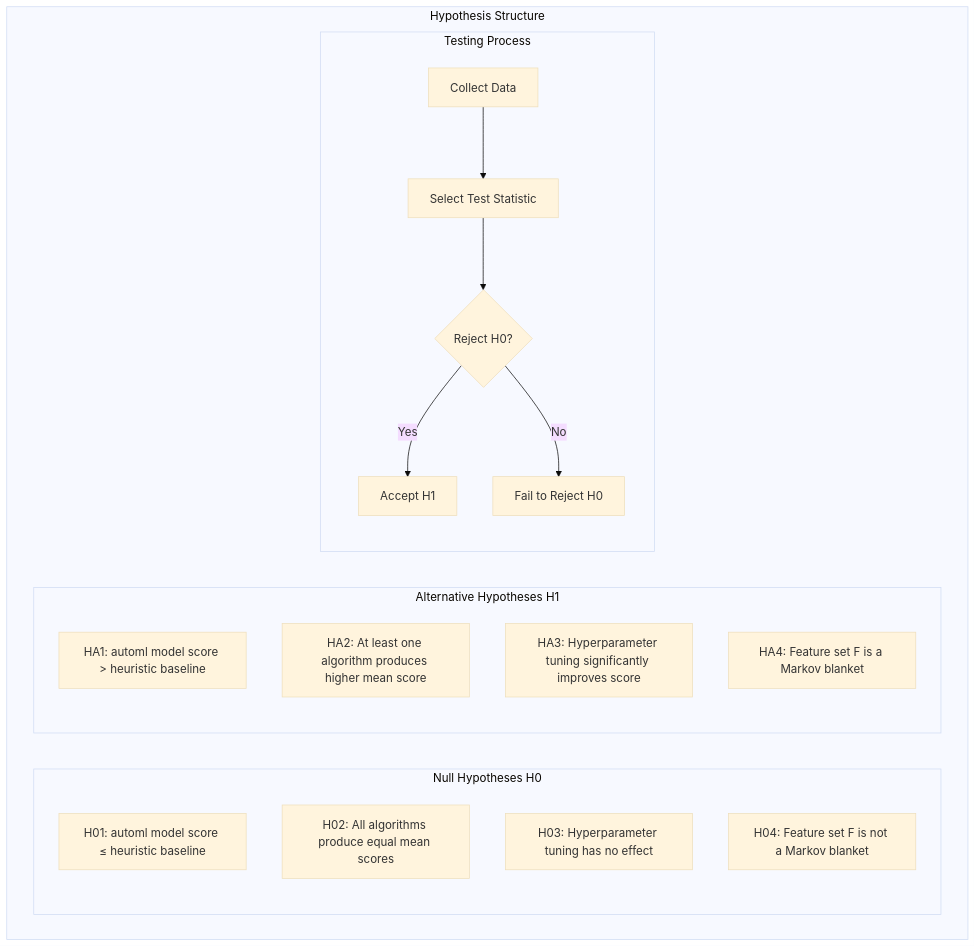
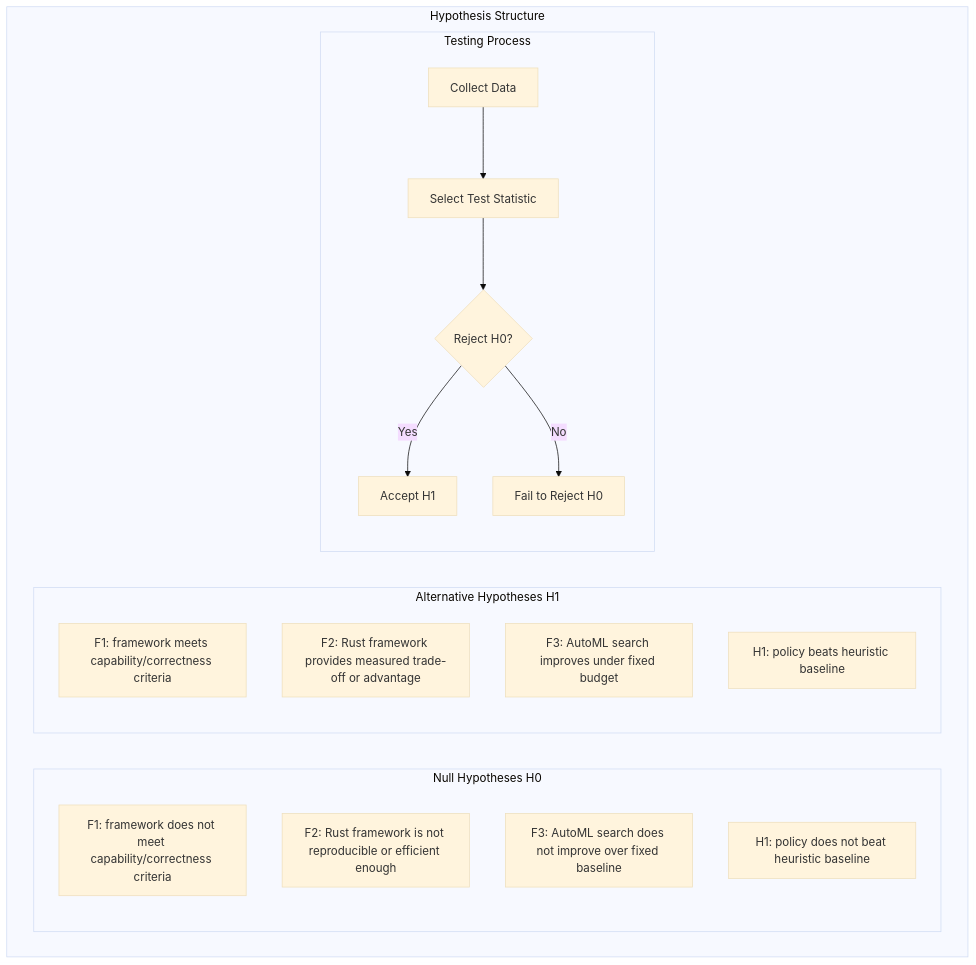
Before and after one commit to Evintkoo/2048-ml: the first of 3 diagrams in plans/08-Research-Report/02-Methodology/03-hypotheses.md, drawn with Mermaid (base theme). The commit also changed other lines of this file and 94 other files, not shown here.

````diff
--- a/plans/08-Research-Report/02-Methodology/03-hypotheses.md
+++ b/plans/08-Research-Report/02-Methodology/03-hypotheses.md
@@ -7,25 +9,25 @@
 ```mermaid
 flowchart TD
     subgraph "Hypothesis Structure"
         subgraph "Null Hypotheses H0"
-            H01[H01: automl model score ≤ heuristic baseline]
-            H02[H02: All algorithms produce equal mean scores]
-            H03[H03: Hyperparameter tuning has no effect]
-            H04[H04: Feature set F is not a Markov blanket]
+            H01[F1: framework does not meet capability/correctness criteria]
+            H02[F2: Rust framework is not reproducible or efficient enough]
+            H03[F3: AutoML search does not improve over fixed baseline]
+            H04[H1: policy does not beat heuristic baseline]
         end
         
         subgraph "Alternative Hypotheses H1"
-            HA1[HA1: automl model score > heuristic baseline]
-            HA2[HA2: At least one algorithm produces higher mean score]
-            HA3[HA3: Hyperparameter tuning significantly improves score]
-            HA4[HA4: Feature set F is a Markov blanket]
+            HA1[F1: framework meets capability/correctness criteria]
+            HA2[F2: Rust framework provides measured trade-off or advantage]
+            HA3[F3: AutoML search improves under fixed budget]
+            HA4[H1: policy beats heuristic baseline]
         end
         
         subgraph "Testing Process"
             T1[Collect Data] --> T2[Select Test Statistic]
             T2 --> T3{Reject H0?}
             T3 -->|Yes| H[Accept H1]
             T3 -->|No| I[Fail to Reject H0]
         end
     end
 ```
````
